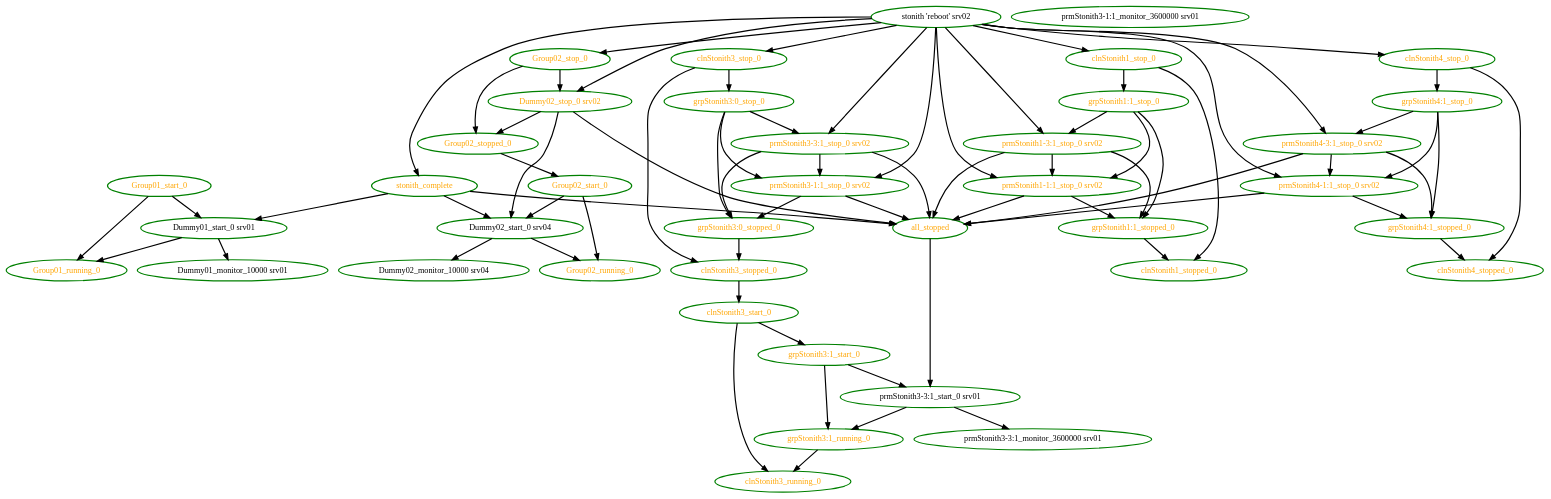
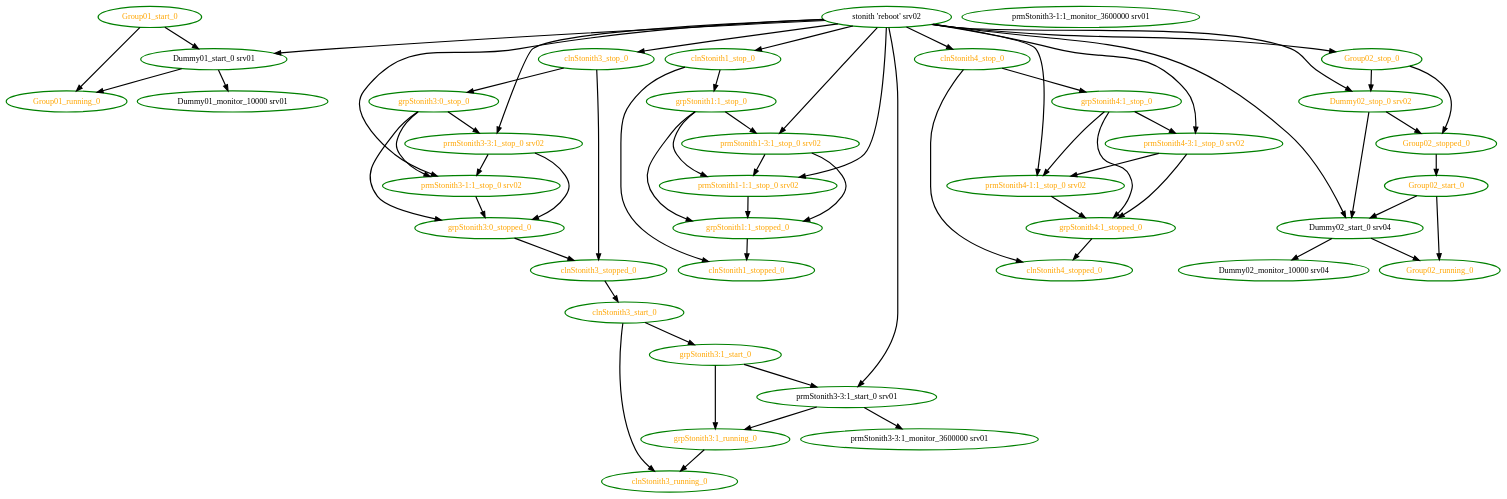
Before and after one commit to eurolinux-enterprise-linux-sources/pacemaker: the diagram in src/pengine/test10/bug-lf-2508.dot, drawn with Graphviz. The commit also changed 1674 other files, not shown here.

```diff
--- a/src/pengine/test10/bug-lf-2508.dot
+++ b/src/pengine/test10/bug-lf-2508.dot
@@ -1,112 +1,101 @@
 digraph "g" {
 "Dummy01_monitor_10000 srv01" [ style=bold color="green" fontcolor="black" ]
 "Dummy01_start_0 srv01" -> "Dummy01_monitor_10000 srv01" [ style = bold]
 "Dummy01_start_0 srv01" -> "Group01_running_0" [ style = bold]
 "Dummy01_start_0 srv01" [ style=bold color="green" fontcolor="black" ]
 "Dummy02_monitor_10000 srv04" [ style=bold color="green" fontcolor="black" ]
 "Dummy02_start_0 srv04" -> "Dummy02_monitor_10000 srv04" [ style = bold]
 "Dummy02_start_0 srv04" -> "Group02_running_0" [ style = bold]
 "Dummy02_start_0 srv04" [ style=bold color="green" fontcolor="black" ]
 "Dummy02_stop_0 srv02" -> "Dummy02_start_0 srv04" [ style = bold]
 "Dummy02_stop_0 srv02" -> "Group02_stopped_0" [ style = bold]
-"Dummy02_stop_0 srv02" -> "all_stopped" [ style = bold]
 "Dummy02_stop_0 srv02" [ style=bold color="green" fontcolor="orange" ]
 "Group01_running_0" [ style=bold color="green" fontcolor="orange" ]
 "Group01_start_0" -> "Dummy01_start_0 srv01" [ style = bold]
 "Group01_start_0" -> "Group01_running_0" [ style = bold]
 "Group01_start_0" [ style=bold color="green" fontcolor="orange" ]
 "Group02_running_0" [ style=bold color="green" fontcolor="orange" ]
 "Group02_start_0" -> "Dummy02_start_0 srv04" [ style = bold]
 "Group02_start_0" -> "Group02_running_0" [ style = bold]
 "Group02_start_0" [ style=bold color="green" fontcolor="orange" ]
 "Group02_stop_0" -> "Dummy02_stop_0 srv02" [ style = bold]
 "Group02_stop_0" -> "Group02_stopped_0" [ style = bold]
 "Group02_stop_0" [ style=bold color="green" fontcolor="orange" ]
 "Group02_stopped_0" -> "Group02_start_0" [ style = bold]
 "Group02_stopped_0" [ style=bold color="green" fontcolor="orange" ]
-"all_stopped" -> "prmStonith3-3:1_start_0 srv01" [ style = bold]
-"all_stopped" [ style=bold color="green" fontcolor="orange" ]
 "clnStonith1_stop_0" -> "clnStonith1_stopped_0" [ style = bold]
 "clnStonith1_stop_0" -> "grpStonith1:1_stop_0" [ style = bold]
 "clnStonith1_stop_0" [ style=bold color="green" fontcolor="orange" ]
 "clnStonith1_stopped_0" [ style=bold color="green" fontcolor="orange" ]
 "clnStonith3_running_0" [ style=bold color="green" fontcolor="orange" ]
 "clnStonith3_start_0" -> "clnStonith3_running_0" [ style = bold]
 "clnStonith3_start_0" -> "grpStonith3:1_start_0" [ style = bold]
 "clnStonith3_start_0" [ style=bold color="green" fontcolor="orange" ]
 "clnStonith3_stop_0" -> "clnStonith3_stopped_0" [ style = bold]
 "clnStonith3_stop_0" -> "grpStonith3:0_stop_0" [ style = bold]
 "clnStonith3_stop_0" [ style=bold color="green" fontcolor="orange" ]
 "clnStonith3_stopped_0" -> "clnStonith3_start_0" [ style = bold]
 "clnStonith3_stopped_0" [ style=bold color="green" fontcolor="orange" ]
 "clnStonith4_stop_0" -> "clnStonith4_stopped_0" [ style = bold]
 "clnStonith4_stop_0" -> "grpStonith4:1_stop_0" [ style = bold]
 "clnStonith4_stop_0" [ style=bold color="green" fontcolor="orange" ]
 "clnStonith4_stopped_0" [ style=bold color="green" fontcolor="orange" ]
 "grpStonith1:1_stop_0" -> "grpStonith1:1_stopped_0" [ style = bold]
 "grpStonith1:1_stop_0" -> "prmStonith1-1:1_stop_0 srv02" [ style = bold]
 "grpStonith1:1_stop_0" -> "prmStonith1-3:1_stop_0 srv02" [ style = bold]
 "grpStonith1:1_stop_0" [ style=bold color="green" fontcolor="orange"]
 "grpStonith1:1_stopped_0" -> "clnStonith1_stopped_0" [ style = bold]
 "grpStonith1:1_stopped_0" [ style=bold color="green" fontcolor="orange"]
 "grpStonith3:0_stop_0" -> "grpStonith3:0_stopped_0" [ style = bold]
 "grpStonith3:0_stop_0" -> "prmStonith3-1:1_stop_0 srv02" [ style = bold]
 "grpStonith3:0_stop_0" -> "prmStonith3-3:1_stop_0 srv02" [ style = bold]
 "grpStonith3:0_stop_0" [ style=bold color="green" fontcolor="orange"]
 "grpStonith3:0_stopped_0" -> "clnStonith3_stopped_0" [ style = bold]
 "grpStonith3:0_stopped_0" [ style=bold color="green" fontcolor="orange"]
 "grpStonith3:1_running_0" -> "clnStonith3_running_0" [ style = bold]
 "grpStonith3:1_running_0" [ style=bold color="green" fontcolor="orange"]
 "grpStonith3:1_start_0" -> "grpStonith3:1_running_0" [ style = bold]
 "grpStonith3:1_start_0" -> "prmStonith3-3:1_start_0 srv01" [ style = bold]
 "grpStonith3:1_start_0" [ style=bold color="green" fontcolor="orange"]
 "grpStonith4:1_stop_0" -> "grpStonith4:1_stopped_0" [ style = bold]
 "grpStonith4:1_stop_0" -> "prmStonith4-1:1_stop_0 srv02" [ style = bold]
 "grpStonith4:1_stop_0" -> "prmStonith4-3:1_stop_0 srv02" [ style = bold]
 "grpStonith4:1_stop_0" [ style=bold color="green" fontcolor="orange"]
 "grpStonith4:1_stopped_0" -> "clnStonith4_stopped_0" [ style = bold]
 "grpStonith4:1_stopped_0" [ style=bold color="green" fontcolor="orange"]
-"prmStonith1-1:1_stop_0 srv02" -> "all_stopped" [ style = bold]
 "prmStonith1-1:1_stop_0 srv02" -> "grpStonith1:1_stopped_0" [ style = bold]
 "prmStonith1-1:1_stop_0 srv02" [ style=bold color="green" fontcolor="orange" ]
-"prmStonith1-3:1_stop_0 srv02" -> "all_stopped" [ style = bold]
 "prmStonith1-3:1_stop_0 srv02" -> "grpStonith1:1_stopped_0" [ style = bold]
 "prmStonith1-3:1_stop_0 srv02" -> "prmStonith1-1:1_stop_0 srv02" [ style = bold]
 "prmStonith1-3:1_stop_0 srv02" [ style=bold color="green" fontcolor="orange" ]
 "prmStonith3-1:1_monitor_3600000 srv01" [ style=bold color="green" fontcolor="black" ]
-"prmStonith3-1:1_stop_0 srv02" -> "all_stopped" [ style = bold]
 "prmStonith3-1:1_stop_0 srv02" -> "grpStonith3:0_stopped_0" [ style = bold]
 "prmStonith3-1:1_stop_0 srv02" [ style=bold color="green" fontcolor="orange"]
 "prmStonith3-3:1_monitor_3600000 srv01" [ style=bold color="green" fontcolor="black"]
 "prmStonith3-3:1_start_0 srv01" -> "grpStonith3:1_running_0" [ style = bold]
 "prmStonith3-3:1_start_0 srv01" -> "prmStonith3-3:1_monitor_3600000 srv01" [ style = bold]
 "prmStonith3-3:1_start_0 srv01" [ style=bold color="green" fontcolor="black"]
-"prmStonith3-3:1_stop_0 srv02" -> "all_stopped" [ style = bold]
 "prmStonith3-3:1_stop_0 srv02" -> "grpStonith3:0_stopped_0" [ style = bold]
 "prmStonith3-3:1_stop_0 srv02" -> "prmStonith3-1:1_stop_0 srv02" [ style = bold]
 "prmStonith3-3:1_stop_0 srv02" [ style=bold color="green" fontcolor="orange"]
-"prmStonith4-1:1_stop_0 srv02" -> "all_stopped" [ style = bold]
 "prmStonith4-1:1_stop_0 srv02" -> "grpStonith4:1_stopped_0" [ style = bold]
 "prmStonith4-1:1_stop_0 srv02" [ style=bold color="green" fontcolor="orange"]
-"prmStonith4-3:1_stop_0 srv02" -> "all_stopped" [ style = bold]
 "prmStonith4-3:1_stop_0 srv02" -> "grpStonith4:1_stopped_0" [ style = bold]
 "prmStonith4-3:1_stop_0 srv02" -> "prmStonith4-1:1_stop_0 srv02" [ style = bold]
 "prmStonith4-3:1_stop_0 srv02" [ style=bold color="green" fontcolor="orange"]
+"stonith 'reboot' srv02" -> "Dummy01_start_0 srv01" [ style = bold]
+"stonith 'reboot' srv02" -> "Dummy02_start_0 srv04" [ style = bold]
 "stonith 'reboot' srv02" -> "Dummy02_stop_0 srv02" [ style = bold]
 "stonith 'reboot' srv02" -> "Group02_stop_0" [ style = bold]
 "stonith 'reboot' srv02" -> "clnStonith1_stop_0" [ style = bold]
 "stonith 'reboot' srv02" -> "clnStonith3_stop_0" [ style = bold]
 "stonith 'reboot' srv02" -> "clnStonith4_stop_0" [ style = bold]
 "stonith 'reboot' srv02" -> "prmStonith1-1:1_stop_0 srv02" [ style = bold]
 "stonith 'reboot' srv02" -> "prmStonith1-3:1_stop_0 srv02" [ style = bold]
 "stonith 'reboot' srv02" -> "prmStonith3-1:1_stop_0 srv02" [ style = bold]
+"stonith 'reboot' srv02" -> "prmStonith3-3:1_start_0 srv01" [ style = bold]
 "stonith 'reboot' srv02" -> "prmStonith3-3:1_stop_0 srv02" [ style = bold]
 "stonith 'reboot' srv02" -> "prmStonith4-1:1_stop_0 srv02" [ style = bold]
 "stonith 'reboot' srv02" -> "prmStonith4-3:1_stop_0 srv02" [ style = bold]
-"stonith 'reboot' srv02" -> "stonith_complete" [ style = bold]
 "stonith 'reboot' srv02" [ style=bold color="green" fontcolor="black"]
-"stonith_complete" -> "Dummy01_start_0 srv01" [ style = bold]
-"stonith_complete" -> "Dummy02_start_0 srv04" [ style = bold]
-"stonith_complete" -> "all_stopped" [ style = bold]
-"stonith_complete" [ style=bold color="green" fontcolor="orange" ]
 }
```
